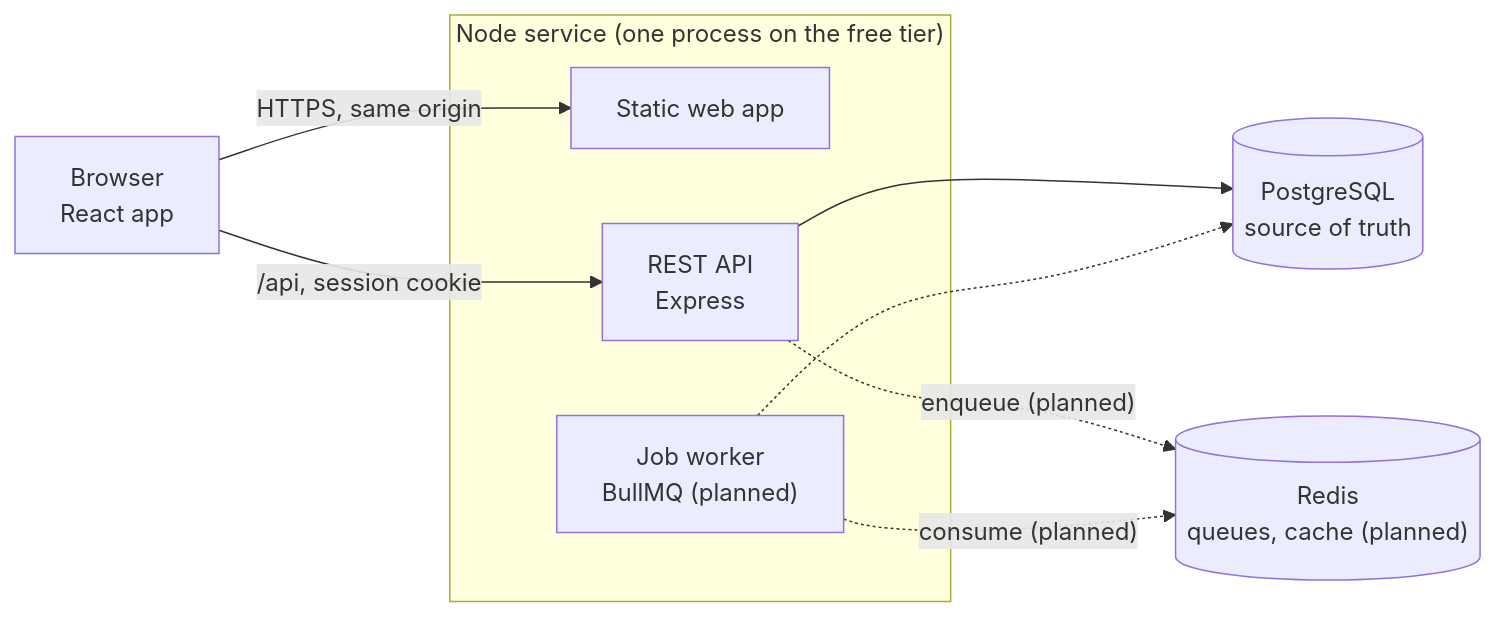
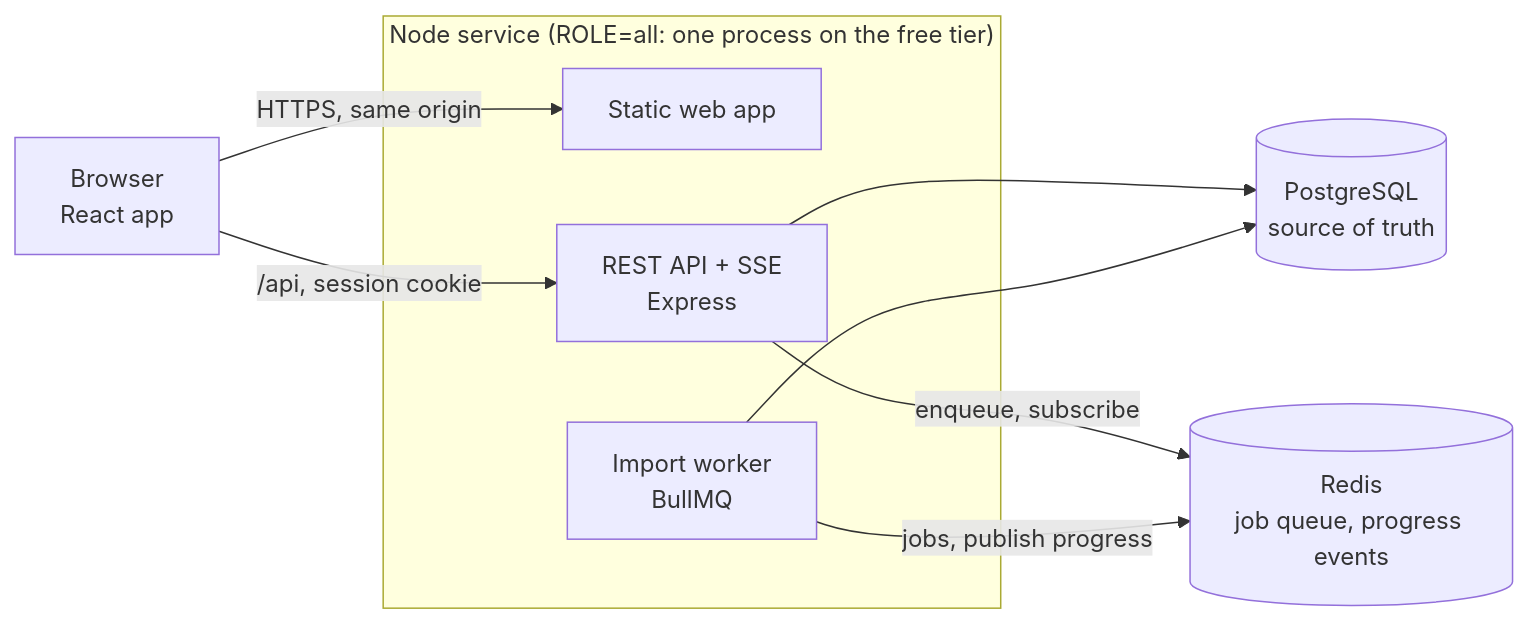
The first of 4 diagrams in docs/architecture.md (iamrs77/stockroom), drawn with Mermaid before and after one commit. The commit also changed other lines of this file and 45 other files, not shown here.

````diff
--- a/docs/architecture.md
+++ b/docs/architecture.md
@@ -17,18 +17,18 @@
 ```mermaid
 flowchart LR
   browser["Browser<br/>React app"]
-  subgraph service["Node service (one process on the free tier)"]
+  subgraph service["Node service (ROLE=all: one process on the free tier)"]
     web["Static web app"]
-    api["REST API<br/>Express"]
-    worker["Job worker<br/>BullMQ (planned)"]
+    api["REST API + SSE<br/>Express"]
+    worker["Import worker<br/>BullMQ"]
   end
   pg[("PostgreSQL<br/>source of truth")]
-  redis[("Redis<br/>queues, cache (planned)")]
+  redis[("Redis<br/>job queue, progress events")]
 
   browser -- "HTTPS, same origin" --> web
   browser -- "/api, session cookie" --> api
   api --> pg
-  api -. "enqueue (planned)" .-> redis
-  worker -. "consume (planned)" .-> redis
-  worker -.-> pg
+  api -- "enqueue, subscribe" --> redis
+  worker -- "jobs, publish progress" --> redis
+  worker --> pg
 ```
````
